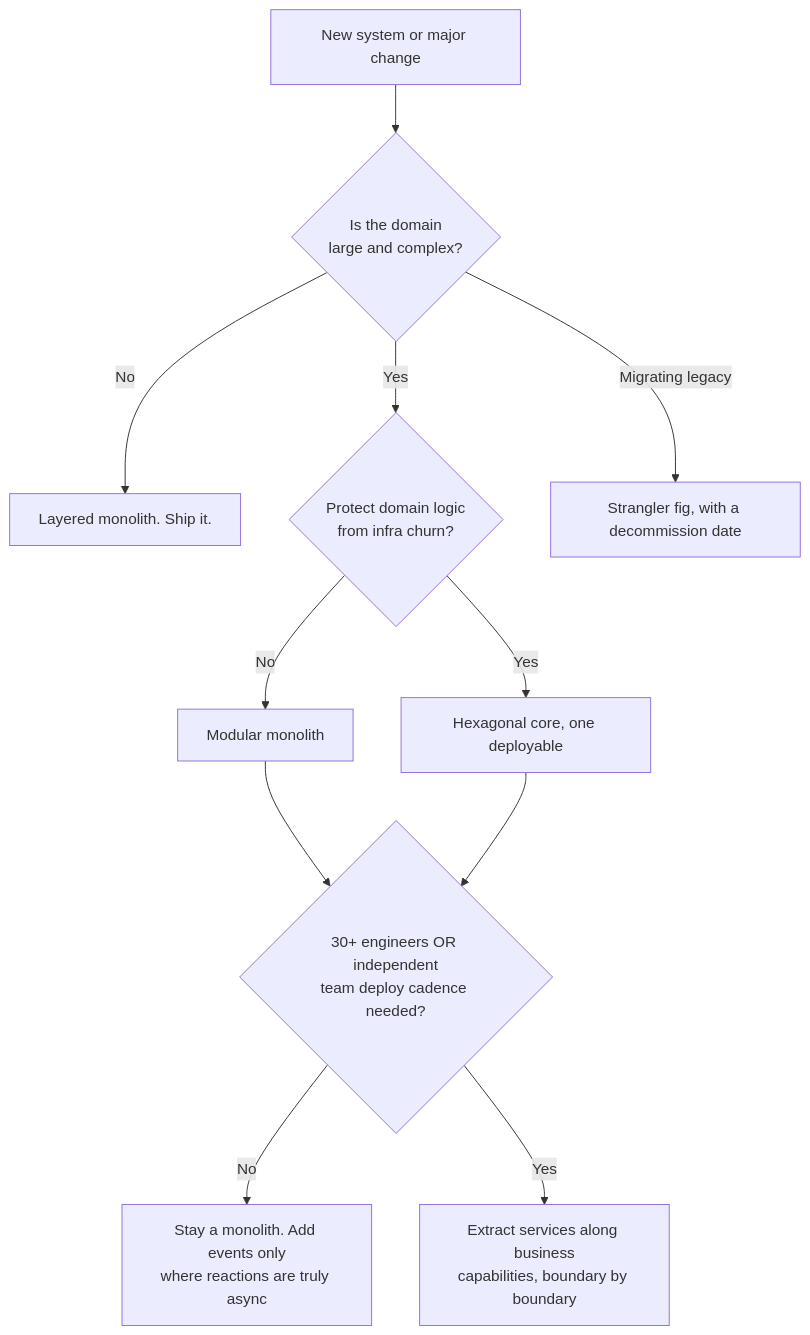
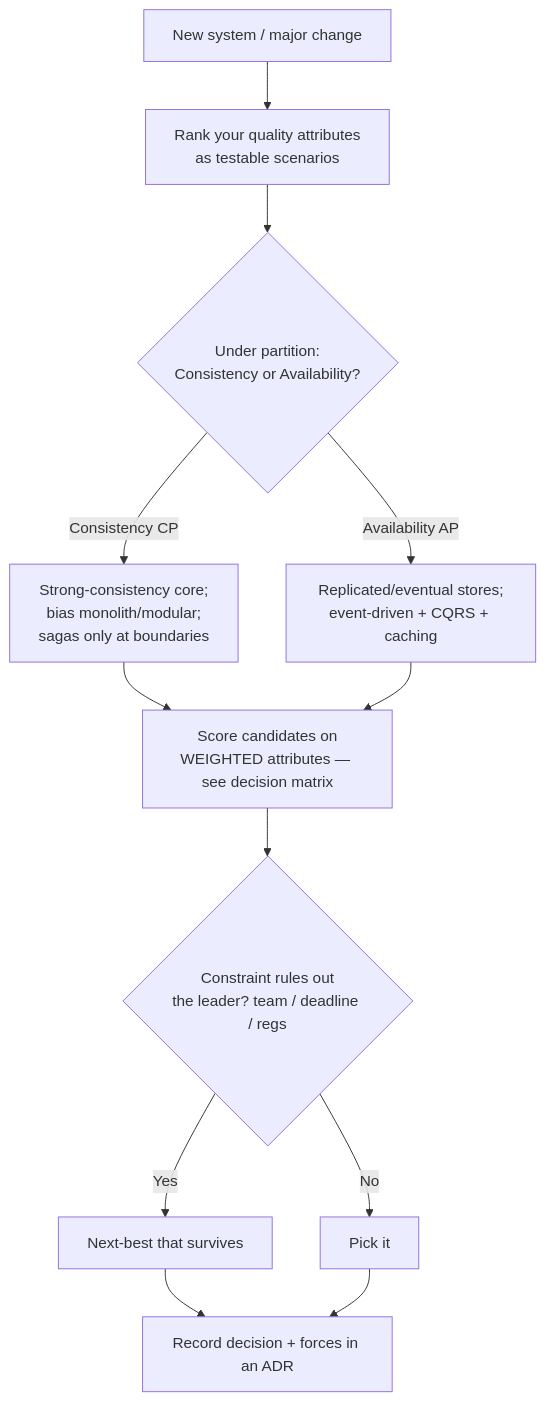
Before and after one commit to ruchit07/system-architecture-catalog: the diagram in README.md, drawn with Mermaid. The commit also changed other lines of this file and 54 other files, not shown here.

````diff
--- a/README.md
+++ b/README.md
@@ -34,13 +44,14 @@
 ```mermaid
 flowchart TD
-    Start[New system or major change] --> Q1{Is the domain<br/>large and complex?}
-    Q1 -->|No| Layered[Layered monolith. Ship it.]
-    Q1 -->|Yes| Q2{Protect domain logic<br/>from infra churn?}
-    Q2 -->|Yes| Hex[Hexagonal core, one deployable]
-    Q2 -->|No| Mod[Modular monolith]
-    Mod --> Q3{30+ engineers OR independent<br/>team deploy cadence needed?}
-    Hex --> Q3
-    Q3 -->|No| Stay[Stay a monolith. Add events only<br/>where reactions are truly async]
-    Q3 -->|Yes| Micro[Extract services along business<br/>capabilities, boundary by boundary]
-    Q1 -->|Migrating legacy| Strangler[Strangler fig, with a decommission date]
+    Start[New system / major change] --> QA[Rank your quality attributes<br/>as testable scenarios]
+    QA --> CAP{Under partition:<br/>Consistency or Availability?}
+    CAP -->|Consistency CP| CP[Strong-consistency core;<br/>bias monolith/modular;<br/>sagas only at boundaries]
+    CAP -->|Availability AP| AP[Replicated/eventual stores;<br/>event-driven + CQRS + caching]
+    CP --> SCORE[Score candidates on<br/>WEIGHTED attributes — see decision matrix]
+    AP --> SCORE
+    SCORE --> CON{Constraint rules out<br/>the leader? team / deadline / regs}
+    CON -->|Yes| NEXT[Next-best that survives]
+    CON -->|No| PICK[Pick it]
+    NEXT --> ADR[Record decision + forces in an ADR]
+    PICK --> ADR
 ```
````
